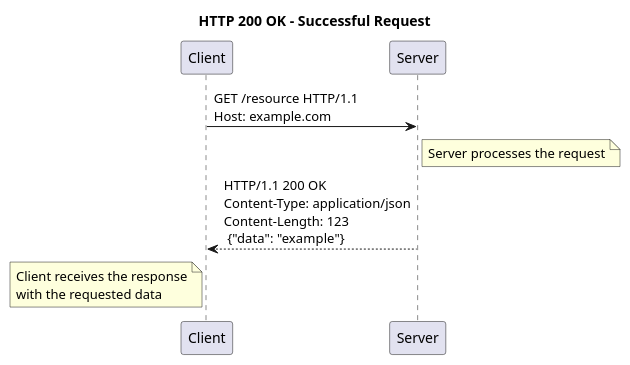
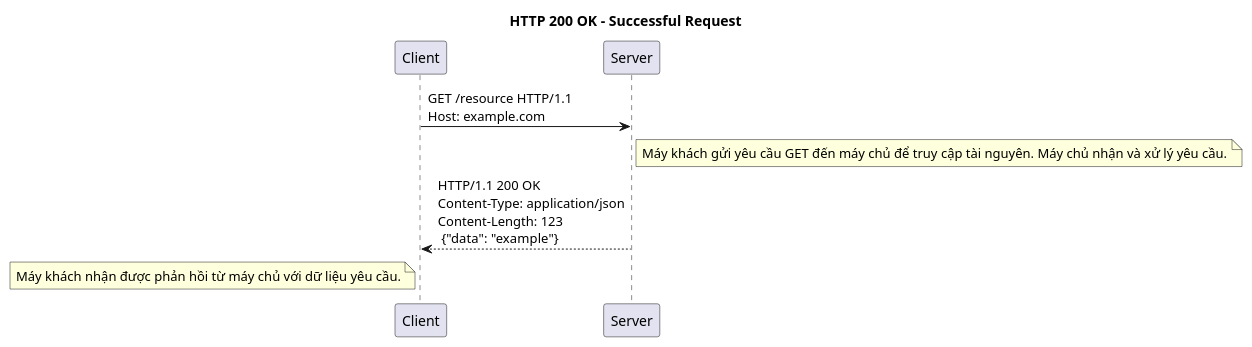
One commit to thanhlv-com/thanhlv-blog changed the third of 26 diagrams in packages/apps/src/blog/2024-12-05-y-nghia-cua-cac-http-status-code.md. Above: the diagram before and after it, drawn with PlantUML. The commit also changed other lines of this file and 3 other files, not shown here.

````diff
--- a/packages/apps/src/blog/2024-12-05-y-nghia-cua-cac-http-status-code.md
+++ b/packages/apps/src/blog/2024-12-05-y-nghia-cua-cac-http-status-code.md
@@ -193,14 +195,14 @@
 ```plantuml
 @startuml
 title HTTP 200 OK - Successful Request
 
 participant "Client" as C
 participant "Server" as S
 
 C -> S: GET /resource HTTP/1.1\nHost: example.com
-note right of S: Server processes the request
+note right of S: Máy khách gửi yêu cầu GET đến máy chủ để truy cập tài nguyên. Máy chủ nhận và xử lý yêu cầu.
 
 S --> C: HTTP/1.1 200 OK\nContent-Type: application/json\nContent-Length: 123 \n {"data": "example"}
-note left of C: Client receives the response\nwith the requested data
+note left of C: Máy khách nhận được phản hồi từ máy chủ với dữ liệu yêu cầu.
 @enduml
 ```
````
